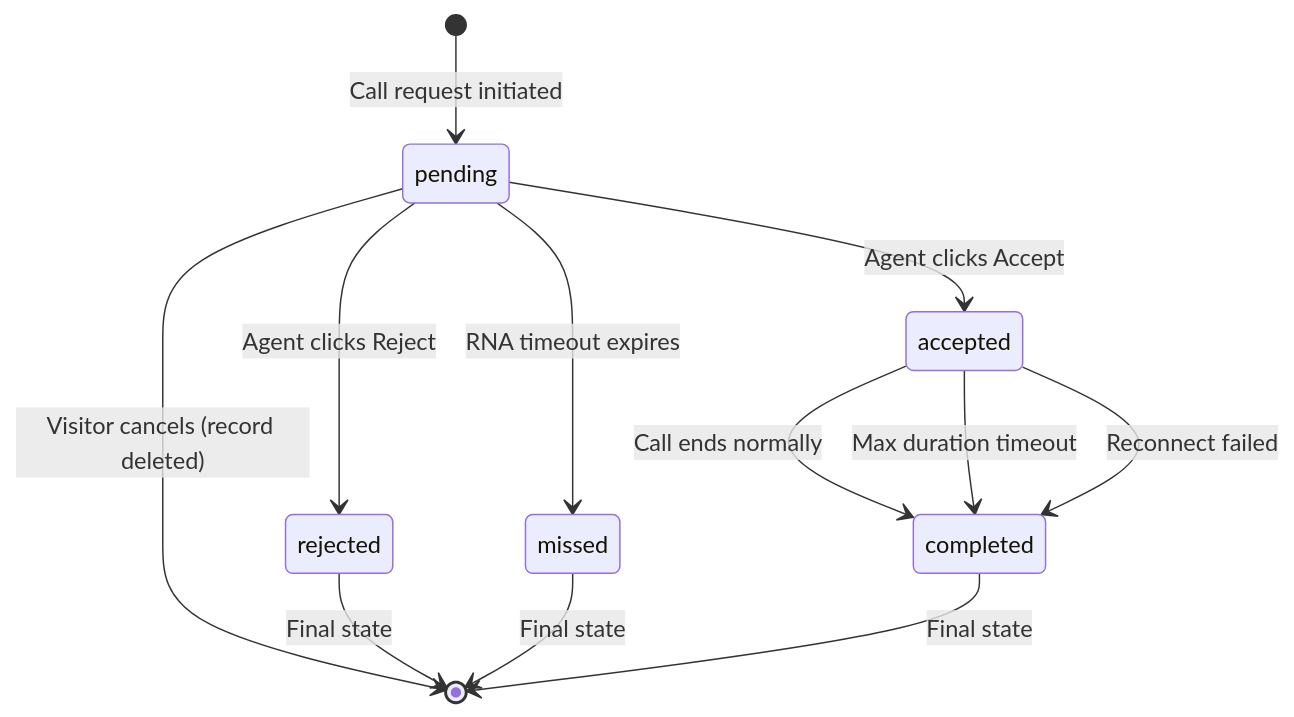
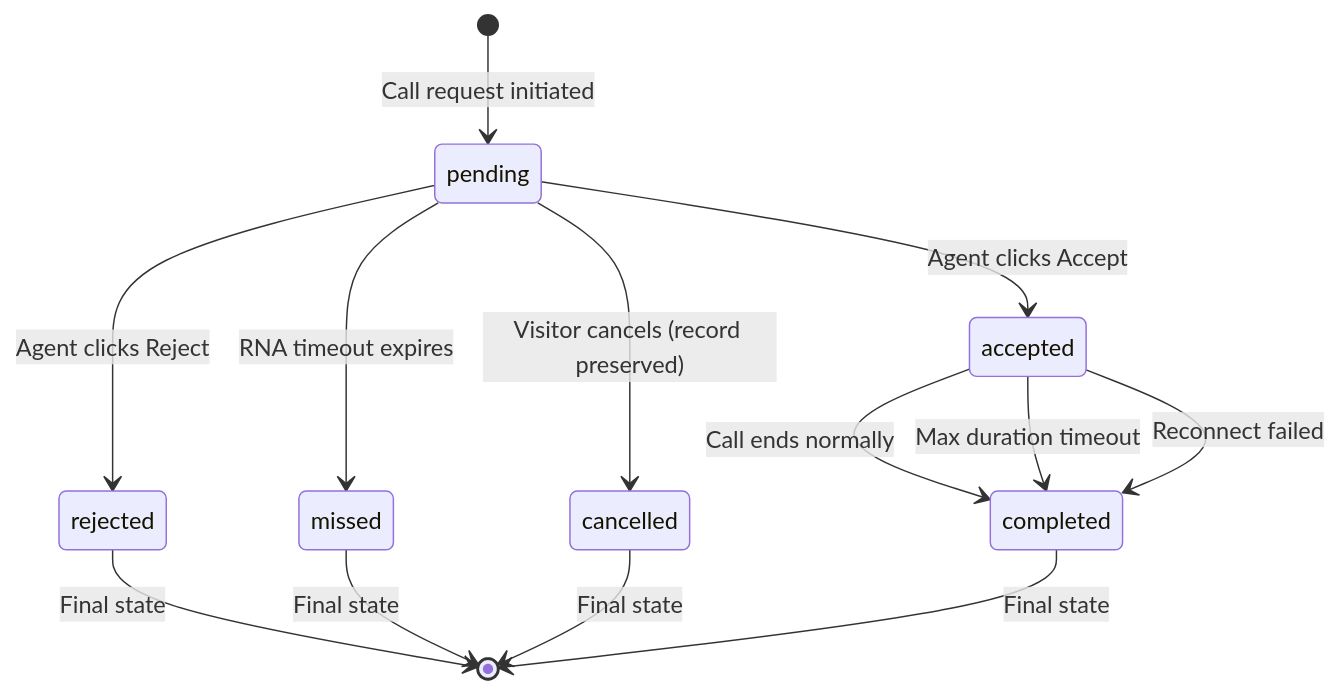
One commit to ryanod2014/virtualgreeter changed the diagram in docs/features/admin/call-logs.md. Above: the diagram before and after it, drawn with Mermaid. The commit also changed other lines of this file and 9 other files, not shown here.

````diff
--- a/docs/features/admin/call-logs.md
+++ b/docs/features/admin/call-logs.md
@@ -98,17 +98,18 @@
 ```mermaid
 stateDiagram-v2
     [*] --> pending: Call request initiated
-    
+
     pending --> accepted: Agent clicks Accept
     pending --> rejected: Agent clicks Reject
     pending --> missed: RNA timeout expires
-    pending --> [*]: Visitor cancels (record deleted)
-    
+    pending --> cancelled: Visitor cancels (record preserved)
+
     accepted --> completed: Call ends normally
     accepted --> completed: Max duration timeout
     accepted --> completed: Reconnect failed
-    
+
     rejected --> [*]: Final state
     missed --> [*]: Final state
+    cancelled --> [*]: Final state
     completed --> [*]: Final state
 ```
````
